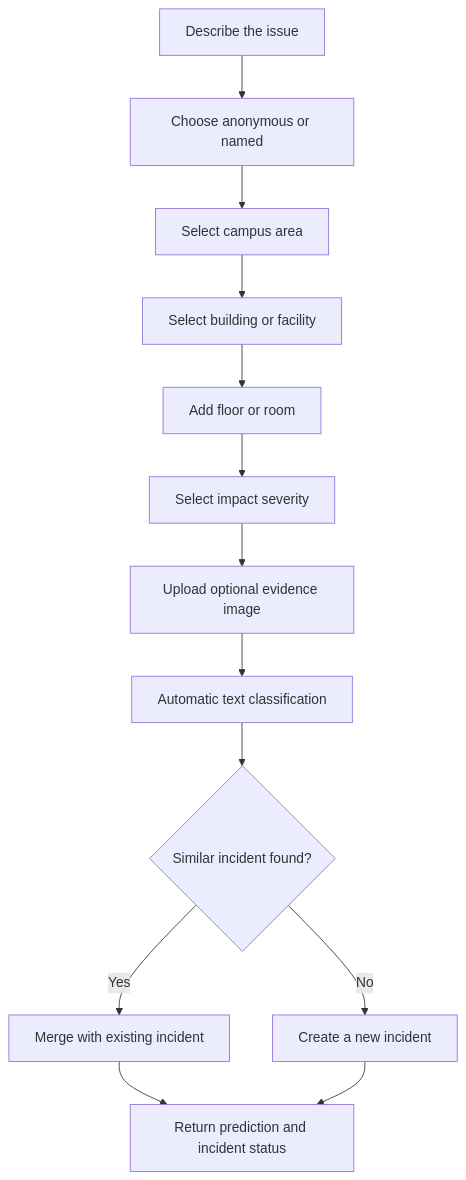
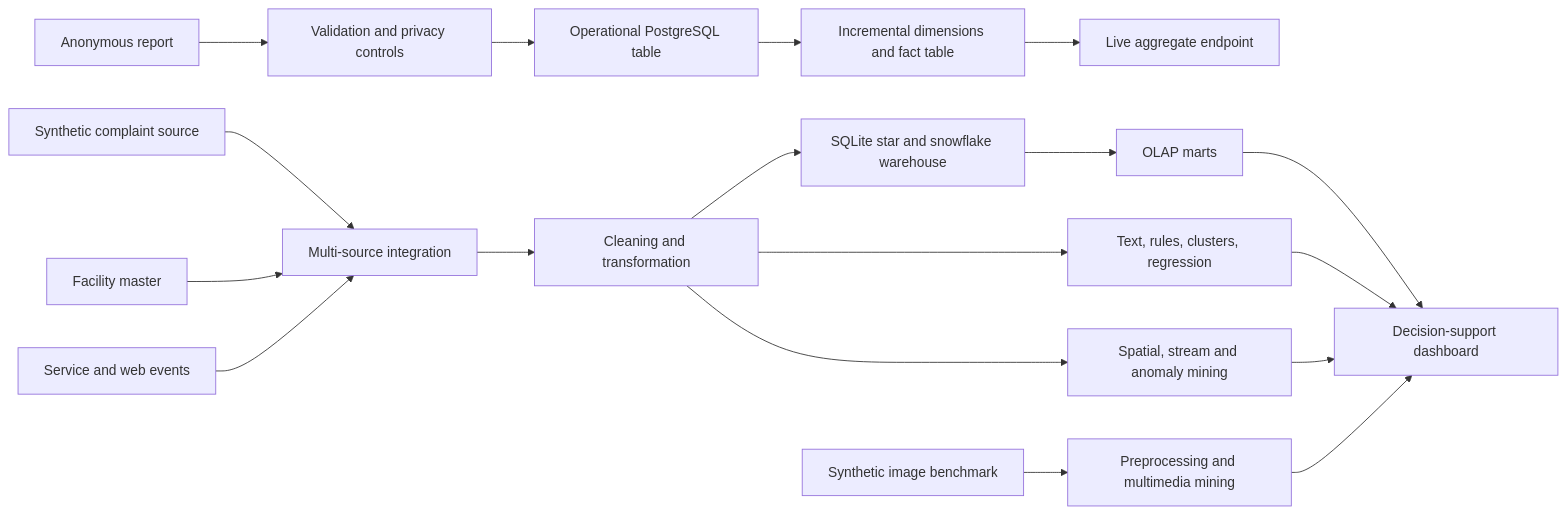
The first of 7 diagrams in README.md (SaiGrover/Campus-Lens), drawn with Mermaid before and after one commit. The commit also changed other lines of this file and 95 other files, not shown here.

````diff
--- a/README.md
+++ b/README.md
@@ -86,15 +25,21 @@
 ```mermaid
-flowchart TD
-    A["Describe the issue"] --> B["Choose anonymous or named"]
-    B --> C["Select campus area"]
-    C --> D["Select building or facility"]
-    D --> E["Add floor or room"]
-    E --> F["Select impact severity"]
-    F --> G["Upload optional evidence image"]
-    G --> H["Automatic text classification"]
-    H --> I{"Similar incident found?"}
-    I -- Yes --> J["Merge with existing incident"]
-    I -- No --> K["Create a new incident"]
-    J --> L["Return prediction and incident status"]
-    K --> L
+flowchart LR
+    A["Anonymous report"] --> B["Validation and privacy controls"]
+    B --> C["Operational PostgreSQL table"]
+    C --> D["Incremental dimensions and fact table"]
+    D --> E["Live aggregate endpoint"]
+
+    F["Synthetic complaint source"] --> I["Multi-source integration"]
+    G["Facility master"] --> I
+    H["Service and web events"] --> I
+    I --> J["Cleaning and transformation"]
+    J --> K["SQLite star and snowflake warehouse"]
+    K --> L["OLAP marts"]
+    J --> M["Text, rules, clusters, regression"]
+    J --> N["Spatial, stream and anomaly mining"]
+    O["Synthetic image benchmark"] --> P["Preprocessing and multimedia mining"]
+    L --> Q["Decision-support dashboard"]
+    M --> Q
+    N --> Q
+    P --> Q
 ```
````
